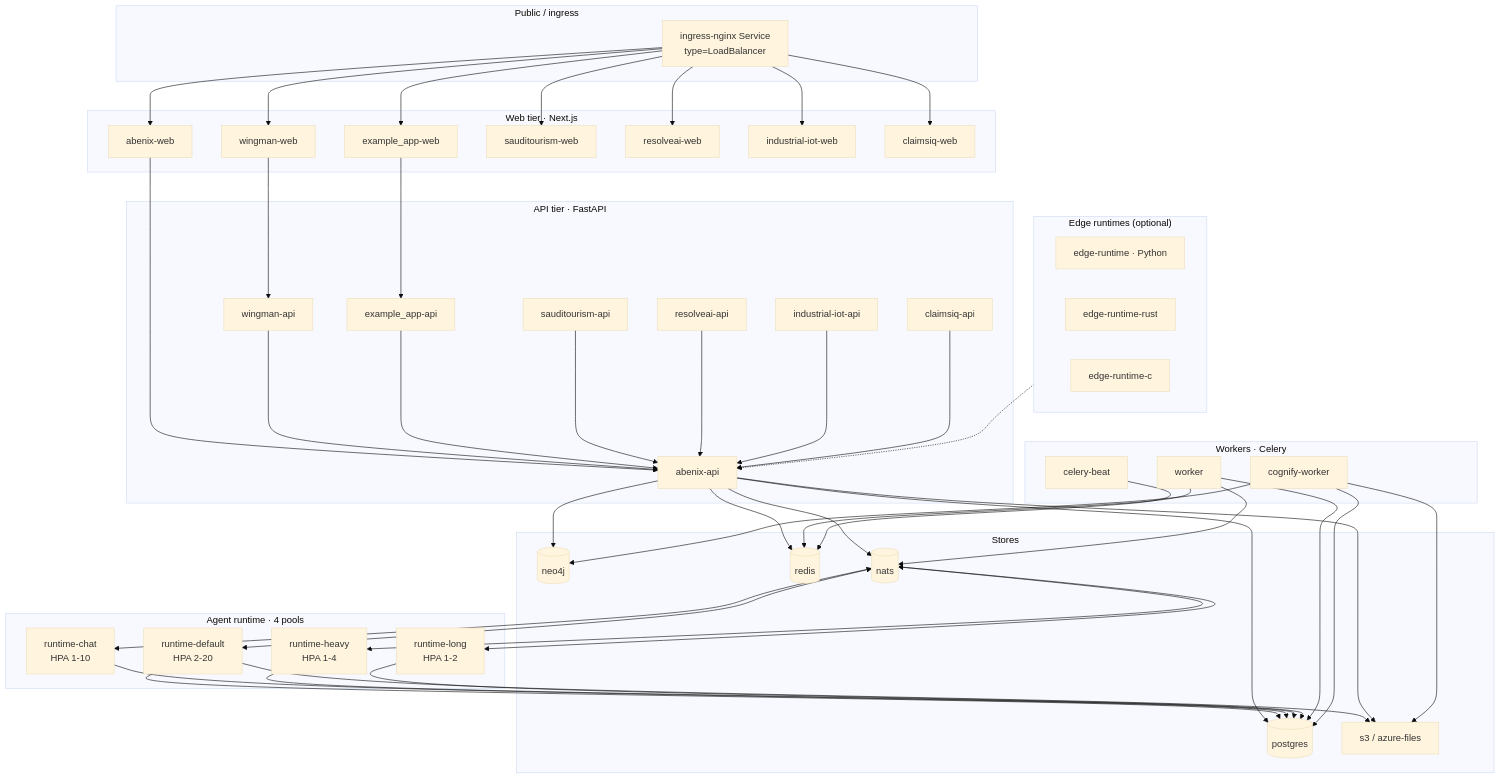
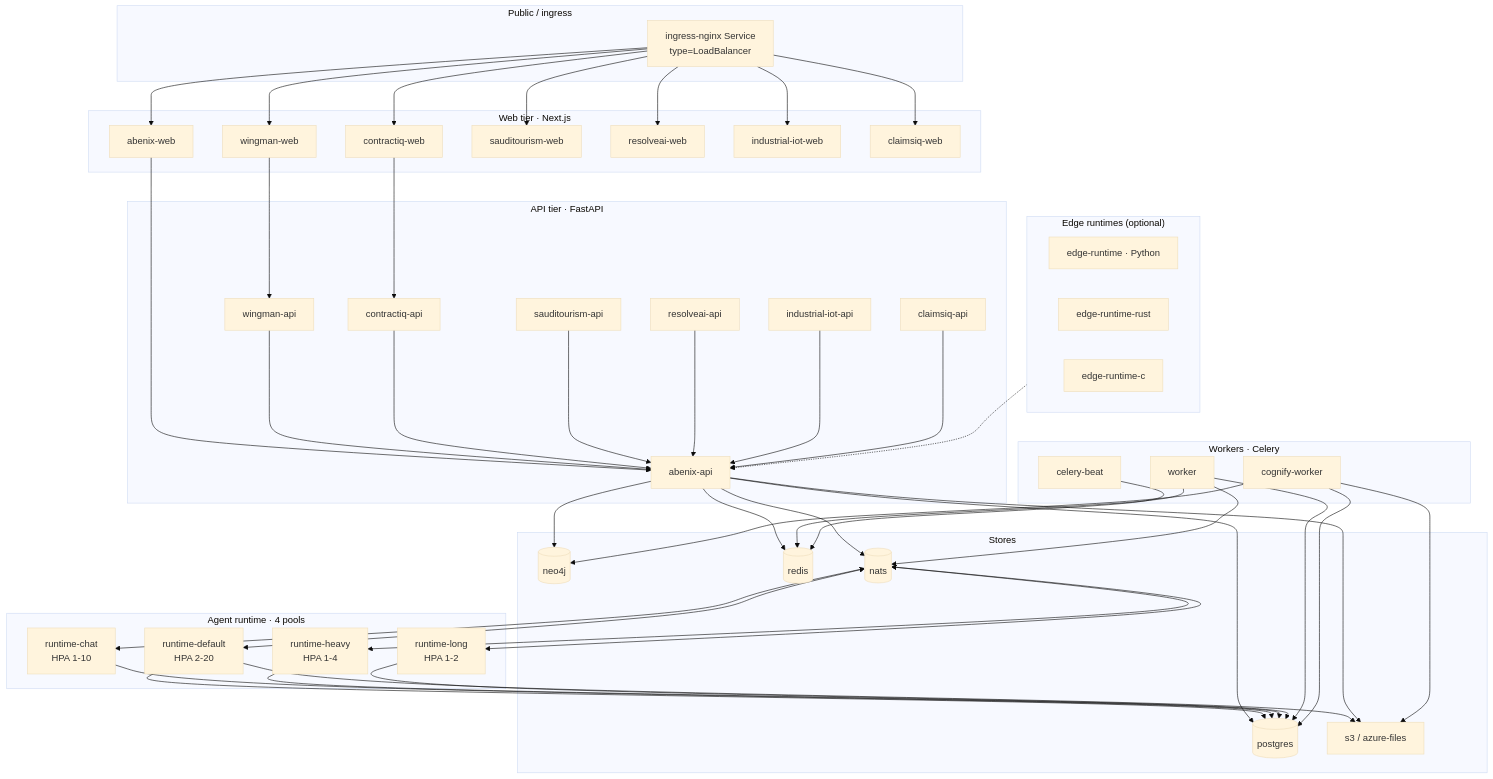
The diagram in docs/01-architecture/03-services.md (sarkar4777/abenix), drawn with Mermaid (base theme) before and after one commit. The commit also changed other lines of this file and 269 other files, not shown here.

```diff
--- a/docs/01-architecture/03-services.md
+++ b/docs/01-architecture/03-services.md
@@ -17,7 +17,7 @@
   subgraph WEB_TIER["Web tier · Next.js"]
     AW[abenix-web]
     WW[wingman-web]
-    CW[example_app-web]
+    CW[contractiq-web]
     SW[sauditourism-web]
     RW[resolveai-web]
     IW[industrial-iot-web]
@@ -27,7 +27,7 @@
   subgraph API_TIER["API tier · FastAPI"]
     AAPI[abenix-api]
     WAPI[wingman-api]
-    CAPI[example_app-api]
+    CAPI[contractiq-api]
     SAPI[sauditourism-api]
     RAPI[resolveai-api]
     IAPI[industrial-iot-api]
```
